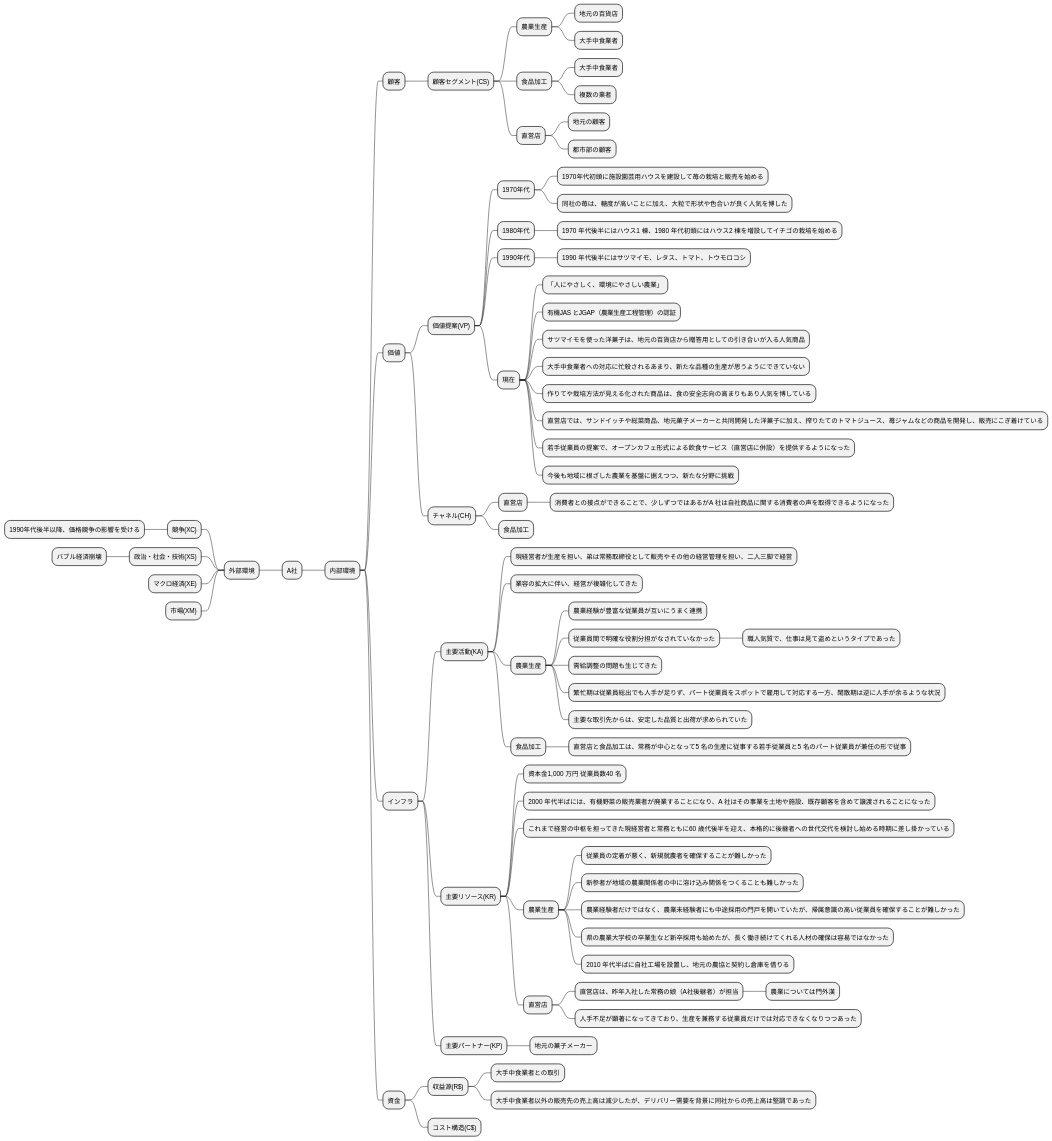
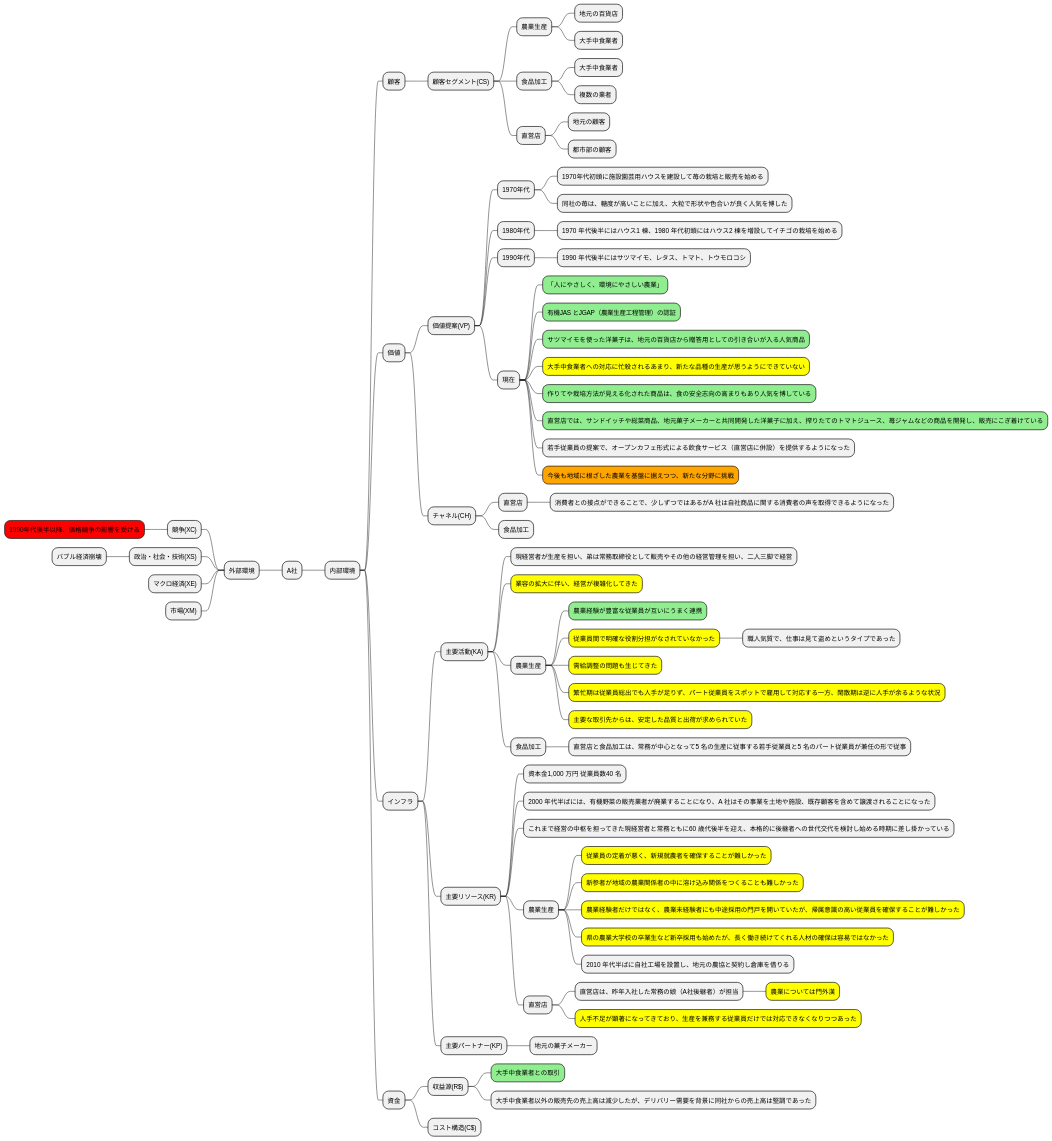
One commit to k2works/case-sutudy-business-analysis changed the second of 15 diagrams in docs/case/r04_case_1.adoc. Above: the diagram before and after it, drawn with PlantUML. The commit also changed other lines of this file, not shown here.

```diff
--- a/docs/case/r04_case_1.adoc
+++ b/docs/case/r04_case_1.adoc
@@ -62,83 +62,83 @@
 [plantuml]
 ----
 @startmindmap
 
 * A社
 -- 外部環境
 --- 競争(XC)
----- 1990年代後半以降、価格競争の影響を受ける
+----[#red] 1990年代後半以降、価格競争の影響を受ける
 --- 政治・社会・技術(XS)
 ---- バブル経済崩壊
 --- マクロ経済(XE)
 --- 市場(XM)
 ** 内部環境
 *** 顧客
 **** 顧客セグメント(CS)
 ***** 農業生産
 ****** 地元の百貨店
 ****** 大手中食業者
 ***** 食品加工
 ****** 大手中食業者
 ****** 複数の業者
 ***** 直営店
 ****** 地元の顧客
 ****** 都市部の顧客
 *** 価値
 **** 価値提案(VP)
 ***** 1970年代
 ****** 1970年代初頭に施設園芸用ハウスを建設して苺の栽培と販売を始める
 ****** 同社の苺は、糖度が高いことに加え、大粒で形状や色合いが良く人気を博した
 ***** 1980年代
 ****** 1970 年代後半にはハウス1 棟、1980 年代初頭にはハウス2 棟を増設してイチゴの栽培を始める
 ***** 1990年代
 ****** 1990 年代後半にはサツマイモ、レタス、トマト、トウモロコシ
 ***** 現在
-****** 「人にやさしく、環境にやさしい農業」
-****** 有機JAS とJGAP（農業生産工程管理）の認証
-****** サツマイモを使った洋菓子は、地元の百貨店から贈答用としての引き合いが入る人気商品
-****** 大手中食業者への対応に忙殺されるあまり、新たな品種の生産が思うようにできていない
-****** 作りてや栽培方法が見える化された商品は、食の安全志向の高まりもあり人気を博している
-****** 直営店では、サンドイッチや総菜商品、地元菓子メーカーと共同開発した洋菓子に加え、搾りたてのトマトジュース、苺ジャムなどの商品を開発し、販売にこぎ着けている
+******[#lightgreen] 「人にやさしく、環境にやさしい農業」
+******[#lightgreen] 有機JAS とJGAP（農業生産工程管理）の認証
+******[#lightgreen] サツマイモを使った洋菓子は、地元の百貨店から贈答用としての引き合いが入る人気商品
+******[#yellow] 大手中食業者への対応に忙殺されるあまり、新たな品種の生産が思うようにできていない
+******[#lightgreen] 作りてや栽培方法が見える化された商品は、食の安全志向の高まりもあり人気を博している
+******[#lightgreen] 直営店では、サンドイッチや総菜商品、地元菓子メーカーと共同開発した洋菓子に加え、搾りたてのトマトジュース、苺ジャムなどの商品を開発し、販売にこぎ着けている
 ****** 若手従業員の提案で、オープンカフェ形式による飲食サービス（直営店に併設）を提供するようになった
-****** 今後も地域に根ざした農業を基盤に据えつつ、新たな分野に挑戦
+******[#orange] 今後も地域に根ざした農業を基盤に据えつつ、新たな分野に挑戦
 **** チャネル(CH)
 ***** 直営店
 ****** 消費者との接点ができることで、少しずつではあるがA 社は自社商品に関する消費者の声を取得できるようになった
 ***** 食品加工
 *** インフラ
 **** 主要活動(KA)
 ***** 現経営者が生産を担い、弟は常務取締役として販売やその他の経営管理を担い、二人三脚で経営
-***** 業容の拡大に伴い、経営が複雑化してきた
+*****[#yellow] 業容の拡大に伴い、経営が複雑化してきた
 ***** 農業生産
-****** 農業経験が豊富な従業員が互いにうまく連携
-****** 従業員間で明確な役割分担がなされていなかった
+******[#lightgreen] 農業経験が豊富な従業員が互いにうまく連携
+******[#yellow] 従業員間で明確な役割分担がなされていなかった
 ******* 職人気質で、仕事は見て盗めというタイプであった
-****** 需給調整の問題も生じてきた
-****** 繁忙期は従業員総出でも人手が足りず、パート従業員をスポットで雇用して対応する一方、閑散期は逆に人手が余るような状況
-****** 主要な取引先からは、安定した品質と出荷が求められていた
+******[#yellow] 需給調整の問題も生じてきた
+******[#yellow] 繁忙期は従業員総出でも人手が足りず、パート従業員をスポットで雇用して対応する一方、閑散期は逆に人手が余るような状況
+******[#yellow] 主要な取引先からは、安定した品質と出荷が求められていた
 ***** 食品加工
 ****** 直営店と食品加工は、常務が中心となって5 名の生産に従事する若手従業員と5 名のパート従業員が兼任の形で従事
 **** 主要リソース(KR)
 ***** 資本金1,000 万円 従業員数40 名
 ***** 2000 年代半ばには、有機野菜の販売業者が廃業することになり、A 社はその事業を土地や施設、既存顧客を含めて譲渡されることになった
 ***** これまで経営の中枢を担ってきた現経営者と常務ともに60 歳代後半を迎え、本格的に後継者への世代交代を検討し始める時期に差し掛かっている
 ***** 農業生産
-****** 従業員の定着が悪く、新規就農者を確保することが難しかった
-****** 新参者が地域の農業関係者の中に溶け込み関係をつくることも難しかった
-****** 農業経験者だけではなく、農業未経験者にも中途採用の門戸を開いていたが、帰属意識の高い従業員を確保することが難しかった
-****** 県の農業大学校の卒業生など新卒採用も始めたが、長く働き続けてくれる人材の確保は容易ではなかった
+******[#yellow] 従業員の定着が悪く、新規就農者を確保することが難しかった
+******[#yellow] 新参者が地域の農業関係者の中に溶け込み関係をつくることも難しかった
+******[#yellow] 農業経験者だけではなく、農業未経験者にも中途採用の門戸を開いていたが、帰属意識の高い従業員を確保することが難しかった
+******[#yellow] 県の農業大学校の卒業生など新卒採用も始めたが、長く働き続けてくれる人材の確保は容易ではなかった
 ****** 2010 年代半ばに自社工場を設置し、地元の農協と契約し倉庫を借りる
 ***** 直営店
 ****** 直営店は、昨年入社した常務の娘（A社後継者）が担当
-******* 農業については門外漢
-****** 人手不足が顕著になってきており、生産を兼務する従業員だけでは対応できなくなりつつあった
+*******[#yellow] 農業については門外漢
+******[#yellow] 人手不足が顕著になってきており、生産を兼務する従業員だけでは対応できなくなりつつあった
 **** 主要パートナー(KP)
 ***** 地元の菓子メーカー
 *** 資金
 **** 収益源(R$)
-***** 大手中食業者との取引
+*****[#lightgreen] 大手中食業者との取引
 ***** 大手中食業者以外の販売先の売上高は減少したが、デリバリー需要を背景に同社からの売上高は堅調であった
 **** コスト構造(C$)
 
 @endmindmap
 ----
```
